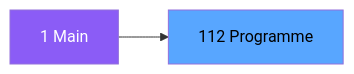
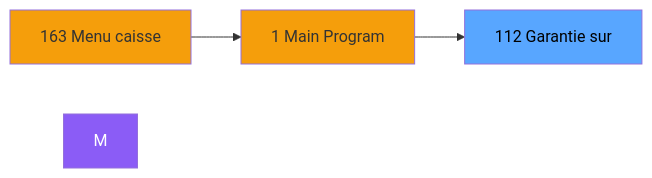
The second of 3 diagrams in .openspec/specs/ADH-IDE-112.md (thonyAGP/magic-migration), drawn with Mermaid before and after one commit. The commit also changed other lines of this file and 323 other files, not shown here.

````diff
--- a/.openspec/specs/ADH-IDE-112.md
+++ b/.openspec/specs/ADH-IDE-112.md
@@ -125,8 +141,12 @@
 ```mermaid
 graph LR
-    M[1 Main]
-    T[112 Programme]
-    M --> T
+    N163[163 Menu caisse ]
+    N1[1 Main Program]
+    T[112 Garantie sur]
+    N163 --> N1
+    N1 --> T
     style M fill:#8b5cf6,color:#fff
+    style N163 fill:#f59e0b
+    style N1 fill:#f59e0b
     style T fill:#58a6ff,color:#000
 ```
````
